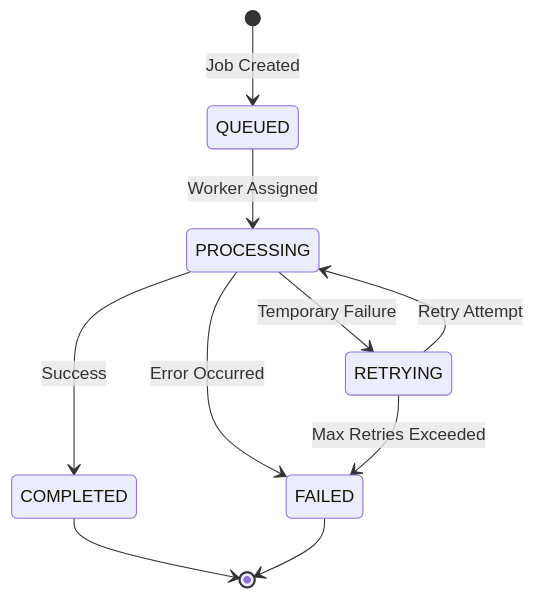
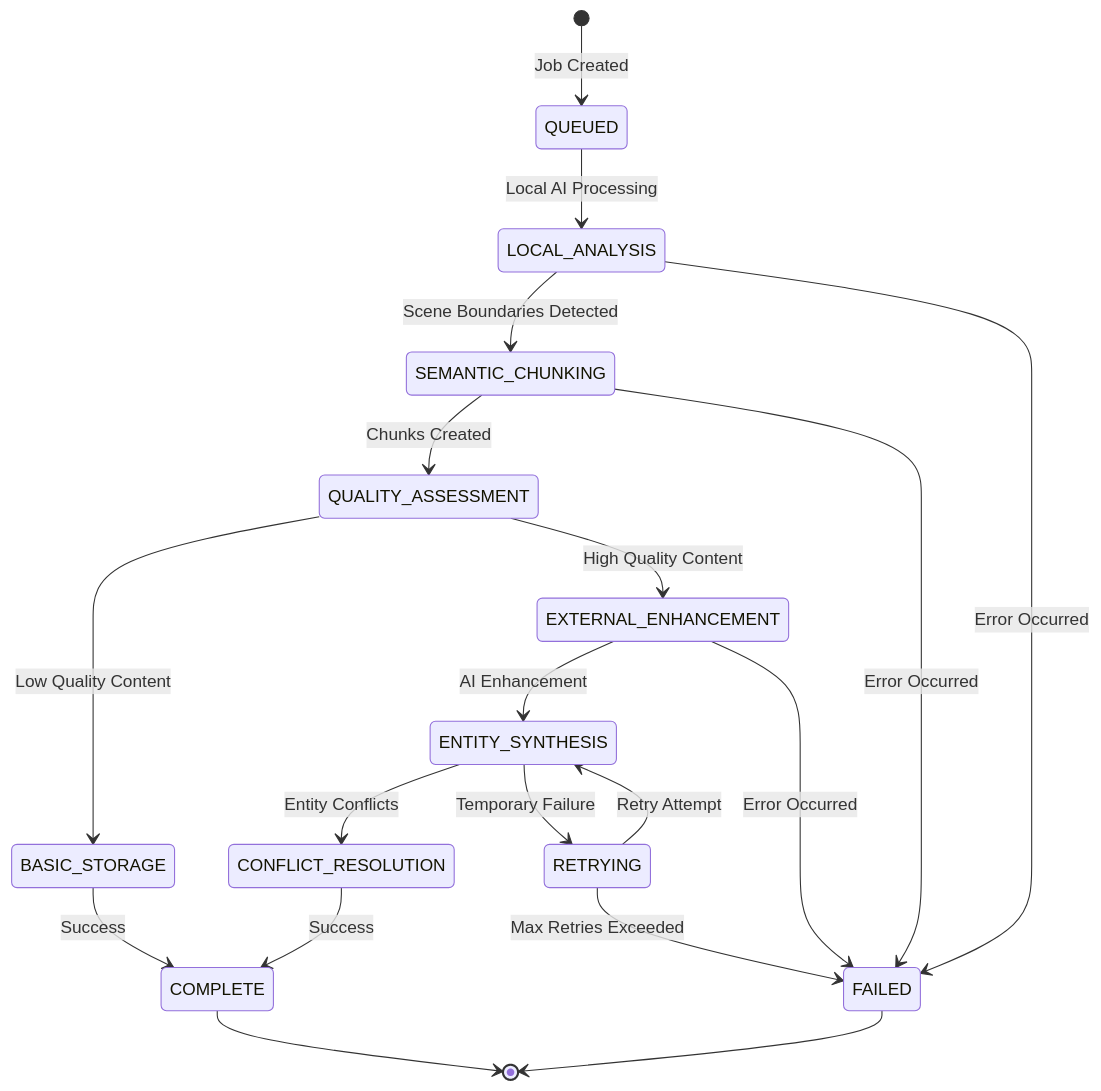
The ninth of 11 diagrams in docs/specs/content-ingestion-process.md (chaixdev/lorevault-kb), drawn with Mermaid before and after one commit. The commit also changed other lines of this file and 15 other files, not shown here.

````diff
--- a/docs/specs/content-ingestion-process.md
+++ b/docs/specs/content-ingestion-process.md
@@ -412,12 +361,23 @@
 ```mermaid
 stateDiagram-v2
     [*] --> QUEUED: Job Created
-    QUEUED --> PROCESSING: Worker Assigned
-    PROCESSING --> COMPLETED: Success
-    PROCESSING --> FAILED: Error Occurred
-    PROCESSING --> RETRYING: Temporary Failure
-    RETRYING --> PROCESSING: Retry Attempt
+    QUEUED --> LOCAL_ANALYSIS: Local AI Processing
+    LOCAL_ANALYSIS --> SEMANTIC_CHUNKING: Scene Boundaries Detected
+    SEMANTIC_CHUNKING --> QUALITY_ASSESSMENT: Chunks Created
+    QUALITY_ASSESSMENT --> BASIC_STORAGE: Low Quality Content
+    QUALITY_ASSESSMENT --> EXTERNAL_ENHANCEMENT: High Quality Content
+    EXTERNAL_ENHANCEMENT --> ENTITY_SYNTHESIS: AI Enhancement
+    ENTITY_SYNTHESIS --> CONFLICT_RESOLUTION: Entity Conflicts
+    CONFLICT_RESOLUTION --> COMPLETE: Success
+    BASIC_STORAGE --> COMPLETE: Success
+    
+    LOCAL_ANALYSIS --> FAILED: Error Occurred
+    SEMANTIC_CHUNKING --> FAILED: Error Occurred
+    EXTERNAL_ENHANCEMENT --> FAILED: Error Occurred
+    ENTITY_SYNTHESIS --> RETRYING: Temporary Failure
+    RETRYING --> ENTITY_SYNTHESIS: Retry Attempt
     RETRYING --> FAILED: Max Retries Exceeded
-    COMPLETED --> [*]
+    
+    COMPLETE --> [*]
     FAILED --> [*]
 ```
````
